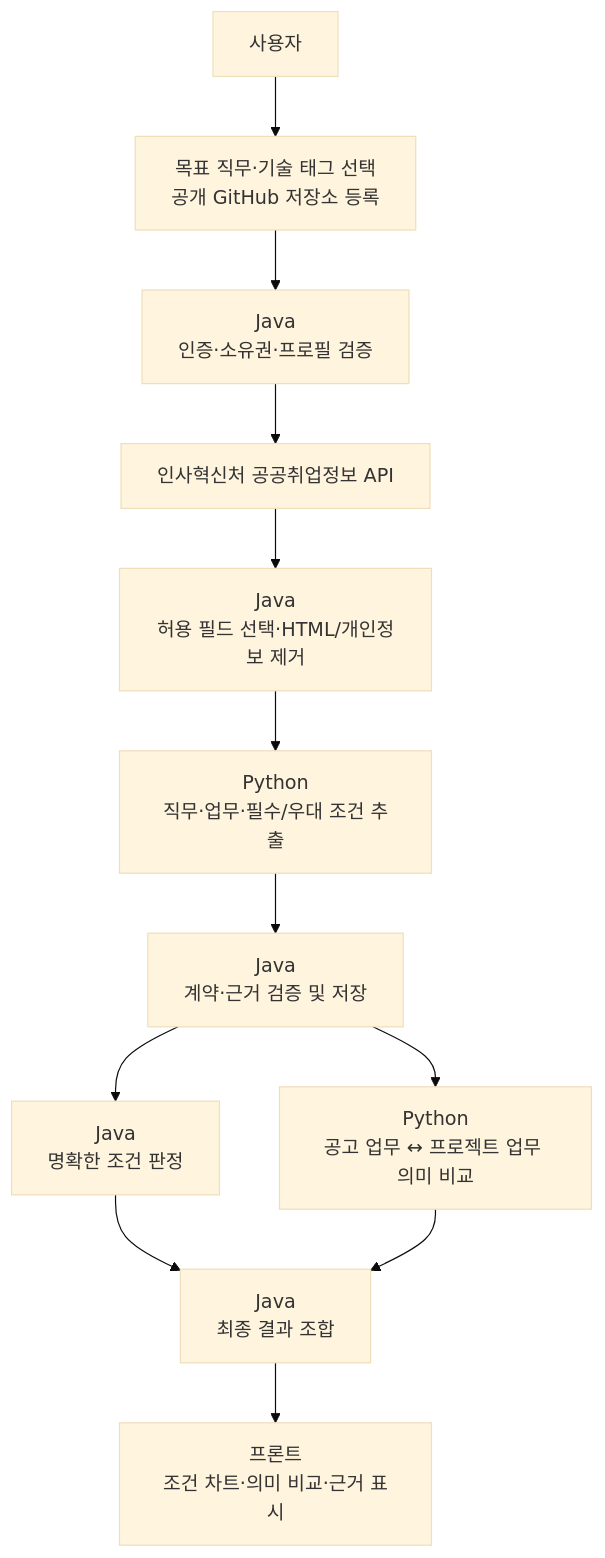
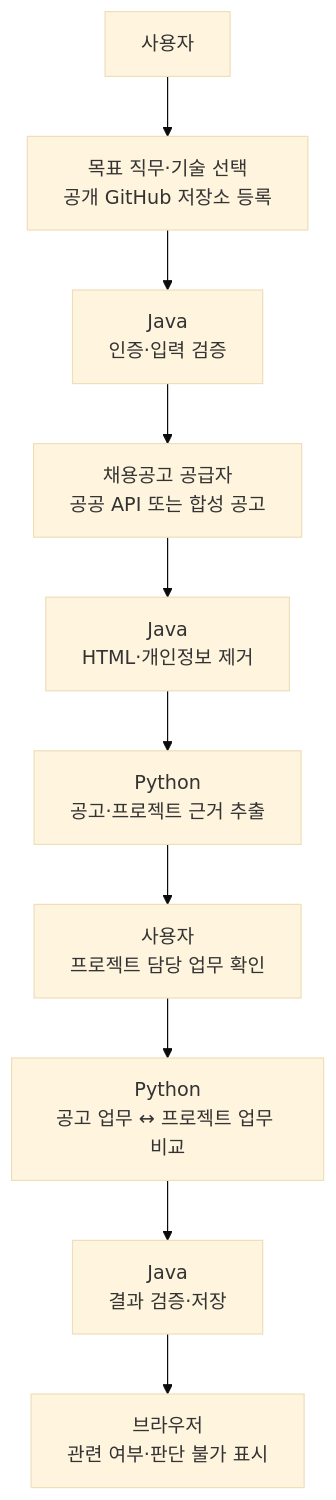
Before and after one commit to hwang67120-bit/career-compass-ai: the diagram in README.md, drawn with Mermaid (base theme). The commit also changed other lines of this file, not shown here.

````diff
--- a/README.md
+++ b/README.md
@@ -57,14 +54,12 @@
 ```mermaid
 flowchart TD
-    USER["사용자"] --> INPUT["목표 직무·기술 태그 선택<br/>공개 GitHub 저장소 등록"]
-    INPUT --> JAVA["Java<br/>인증·소유권·프로필 검증"]
-    JAVA --> API["인사혁신처 공공취업정보 API"]
-    API --> FILTER["Java<br/>허용 필드 선택·HTML/개인정보 제거"]
-    FILTER --> EXTRACT["Python<br/>직무·업무·필수/우대 조건 추출"]
-    EXTRACT --> EVIDENCE["Java<br/>계약·근거 검증 및 저장"]
-    EVIDENCE --> RULE["Java<br/>명확한 조건 판정"]
-    EVIDENCE --> SEMANTIC["Python<br/>공고 업무 ↔ 프로젝트 업무 의미 비교"]
-    RULE --> RESULT["Java<br/>최종 결과 조합"]
-    SEMANTIC --> RESULT
-    RESULT --> UI["프론트<br/>조건 차트·의미 비교·근거 표시"]
+    USER["사용자"] --> INPUT["목표 직무·기술 선택<br/>공개 GitHub 저장소 등록"]
+    INPUT --> JAVA["Java<br/>인증·입력 검증"]
+    JAVA --> PROVIDER["채용공고 공급자<br/>공공 API 또는 합성 공고"]
+    PROVIDER --> FILTER["Java<br/>HTML·개인정보 제거"]
+    FILTER --> EXTRACT["Python<br/>공고·프로젝트 근거 추출"]
+    EXTRACT --> REVIEW["사용자<br/>프로젝트 담당 업무 확인"]
+    REVIEW --> COMPARE["Python<br/>공고 업무 ↔ 프로젝트 업무 비교"]
+    COMPARE --> RESULT["Java<br/>결과 검증·저장"]
+    RESULT --> UI["브라우저<br/>관련 여부·판단 불가 표시"]
 ```
````
